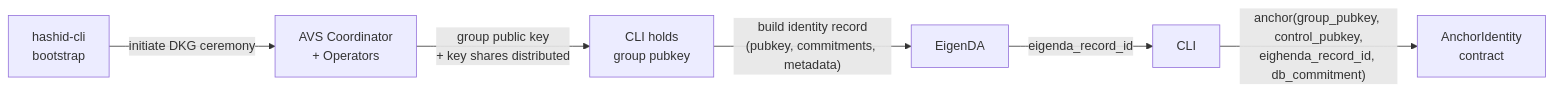
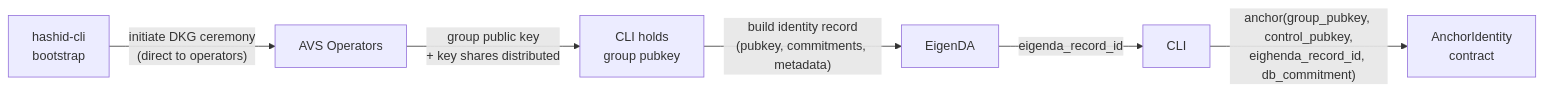
One commit to marcoskichel/hashid changed the second of 3 diagrams in docs/architecture.md. Above: the diagram before and after it, drawn with Mermaid. The commit also changed other lines of this file and 7 other files, not shown here.

````diff
--- a/docs/architecture.md
+++ b/docs/architecture.md
@@ -77,8 +77,8 @@
 ```mermaid
 flowchart LR
-    A["hashid-cli\nbootstrap"] -->|"initiate DKG ceremony"| B["AVS Coordinator\n+ Operators"]
+    A["hashid-cli\nbootstrap"] -->|"initiate DKG ceremony\n(direct to operators)"| B["AVS Operators"]
     B -->|"group public key\n+ key shares distributed"| C["CLI holds\ngroup pubkey"]
     C -->|"build identity record\n(pubkey, commitments, metadata)"| D["EigenDA"]
     D -->|"eigenda_record_id"| E["CLI"]
     E -->|"anchor(group_pubkey, control_pubkey,\neighenda_record_id, db_commitment)"| F["AnchorIdentity\ncontract"]
 ```
````
